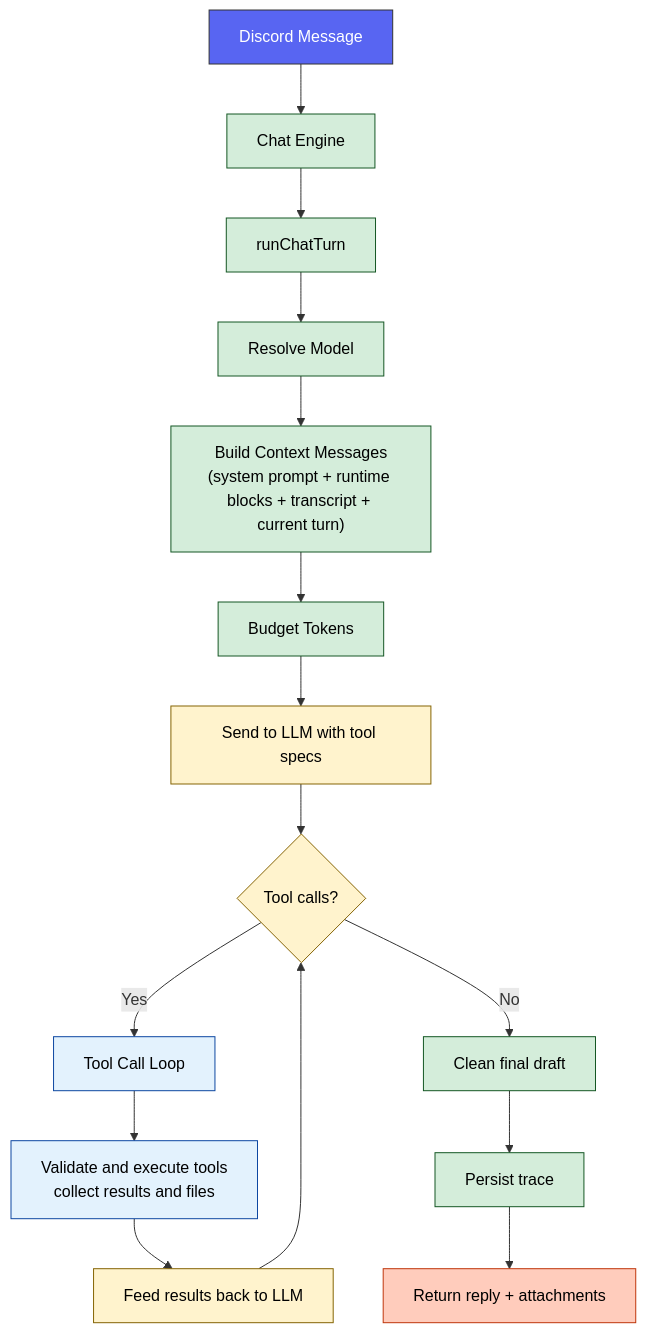
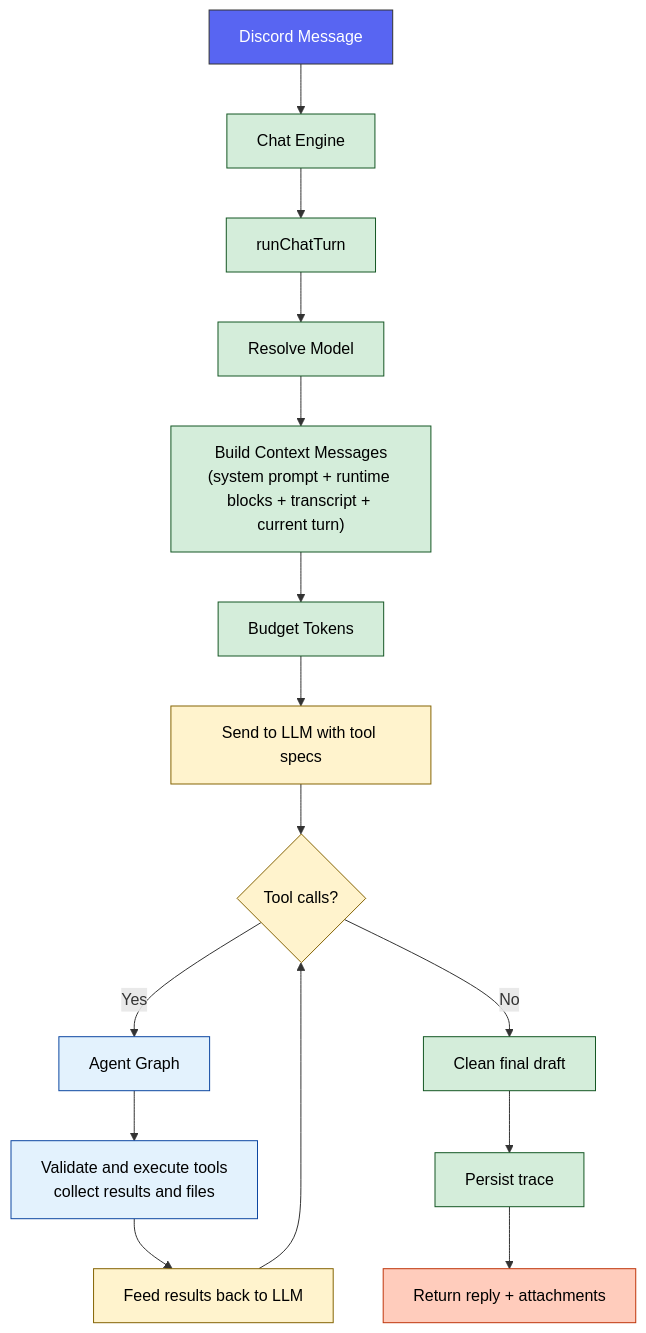
One commit to BokX1/Sage changed the first of 2 diagrams in docs/architecture/PIPELINE.md. Above: the diagram before and after it, drawn with Mermaid. The commit also changed other lines of this file and 61 other files, not shown here.

````diff
--- a/docs/architecture/PIPELINE.md
+++ b/docs/architecture/PIPELINE.md
@@ -29,25 +29,25 @@
 ```mermaid
 flowchart TD
     classDef discord fill:#5865f2,stroke:#333,color:white
     classDef runtime fill:#d4edda,stroke:#155724,color:black
     classDef llm fill:#fff3cd,stroke:#856404,color:black
     classDef tools fill:#e3f2fd,stroke:#0d47a1,color:black
     classDef output fill:#ffccbc,stroke:#bf360c,color:black
 
     A[Discord Message]:::discord --> B[Chat Engine]:::runtime
     B --> C[runChatTurn]:::runtime
     C --> D[Resolve Model]:::runtime
     D --> E["Build Context Messages<br/>(system prompt + runtime blocks + transcript + current turn)"]:::runtime
     E --> F[Budget Tokens]:::runtime
     F --> G[Send to LLM with tool specs]:::llm
     G --> H{Tool calls?}:::llm
 
-    H -->|Yes| I[Tool Call Loop]:::tools
+    H -->|Yes| I[Agent Graph]:::tools
     I --> J["Validate and execute tools<br/>collect results and files"]:::tools
     J --> K[Feed results back to LLM]:::llm
     K --> H
 
     H -->|No| L[Clean final draft]:::runtime
     L --> M[Persist trace]:::runtime
     M --> N[Return reply + attachments]:::output
 ```
````
